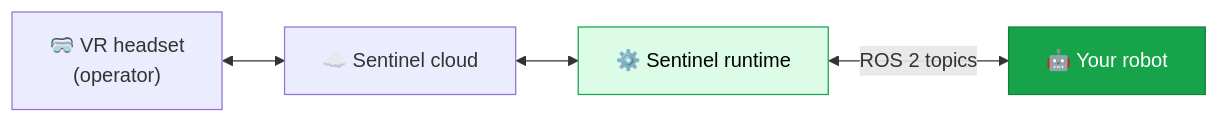
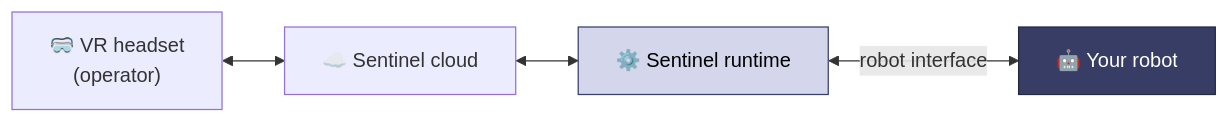
The diagram in index.mdx (avearobotics/docs), drawn with Mermaid before and after one commit. The commit also changed other lines of this file and 20 other files, not shown here.

````diff
--- a/index.mdx
+++ b/index.mdx
@@ -18,9 +26,9 @@
 ```mermaid
 flowchart LR
     H["🥽 VR headset<br/>(operator)"] <--> C["☁️ Sentinel cloud"]
     C <--> R["⚙️ Sentinel runtime"]
-    R <-->|"ROS 2 topics"| Y["🤖 Your robot"]
+    R <-->|"robot interface"| Y["🤖 Your robot"]
 
-    style Y fill:#16A34A,color:#fff,stroke:#15803D
-    style R fill:#dcfce7,stroke:#16A34A,color:#000
+    style Y fill:#383d66,color:#fff,stroke:#252840
+    style R fill:#d4d7ec,stroke:#383d66,color:#000
 ```
````
